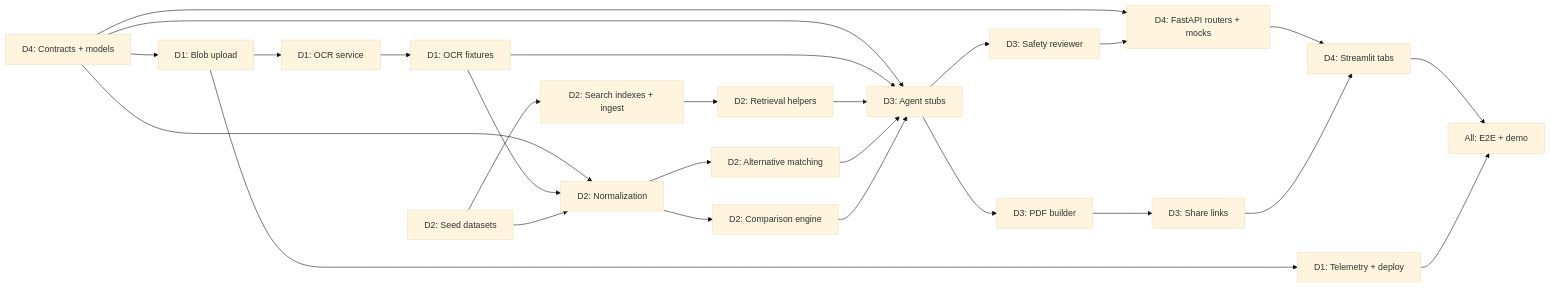
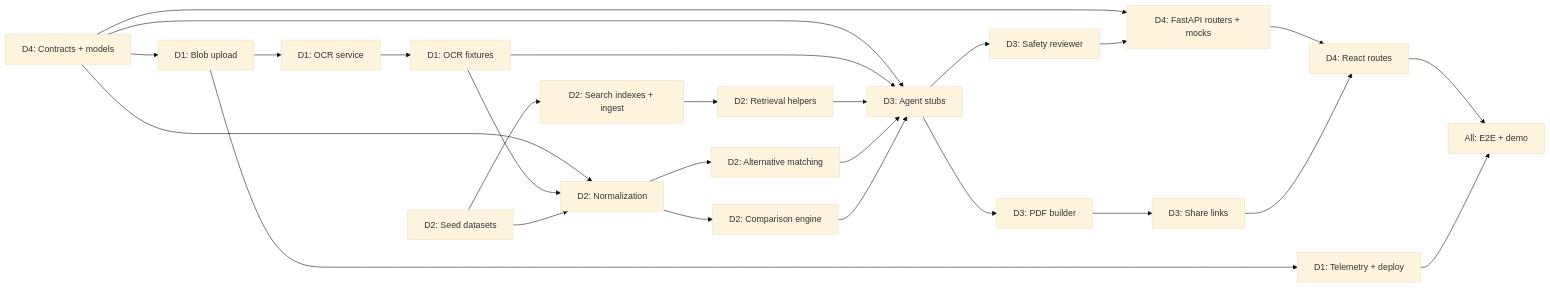
One commit to LalithaMeduri-hotmail/health-iq-hackathon changed the diagram in docs/team-plan.md. Above: the diagram before and after it, drawn with Mermaid (base theme). The commit also changed other lines of this file and 13 other files, not shown here.

````diff
--- a/docs/team-plan.md
+++ b/docs/team-plan.md
@@ -43,35 +43,35 @@
 ```mermaid
 graph LR
   C[D4: Contracts + models] --> B1[D1: Blob upload]
   C --> R[D4: FastAPI routers + mocks]
   C --> N[D2: Normalization]
   C --> A[D3: Agent stubs]
 
   B1 --> O[D1: OCR service]
   O --> F[D1: OCR fixtures]
   F --> N
   F --> A
 
   D[D2: Seed datasets] --> IDX[D2: Search indexes + ingest]
   D --> N
   IDX --> RET[D2: Retrieval helpers]
   RET --> A
 
   N --> ALT[D2: Alternative matching]
   N --> CMP[D2: Comparison engine]
 
   ALT --> A
   CMP --> A
 
   A --> SAFE[D3: Safety reviewer]
   A --> PDF[D3: PDF builder]
   PDF --> SHARE[D3: Share links]
 
   SAFE --> R
-  R --> UI[D4: Streamlit tabs]
+  R --> UI[D4: React routes]
   SHARE --> UI
 
   UI --> E2E[All: E2E + demo]
   B1 --> OBS[D1: Telemetry + deploy]
   OBS --> E2E
 ```
````
